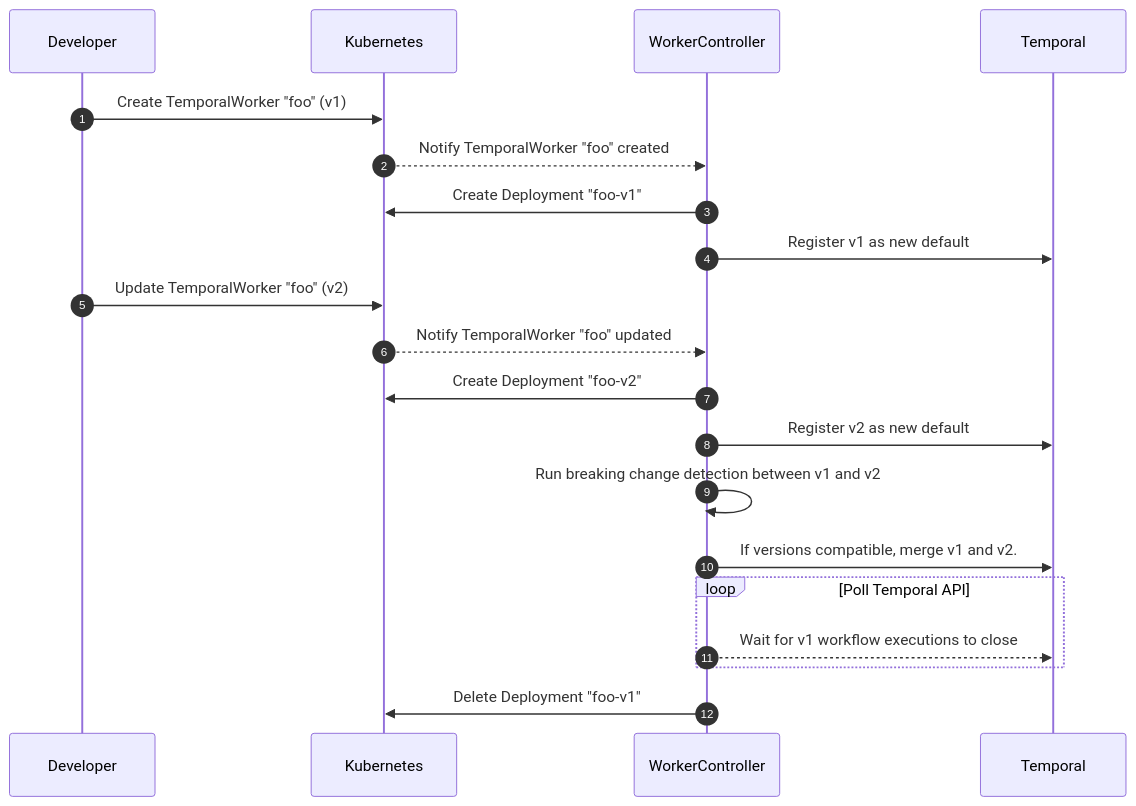
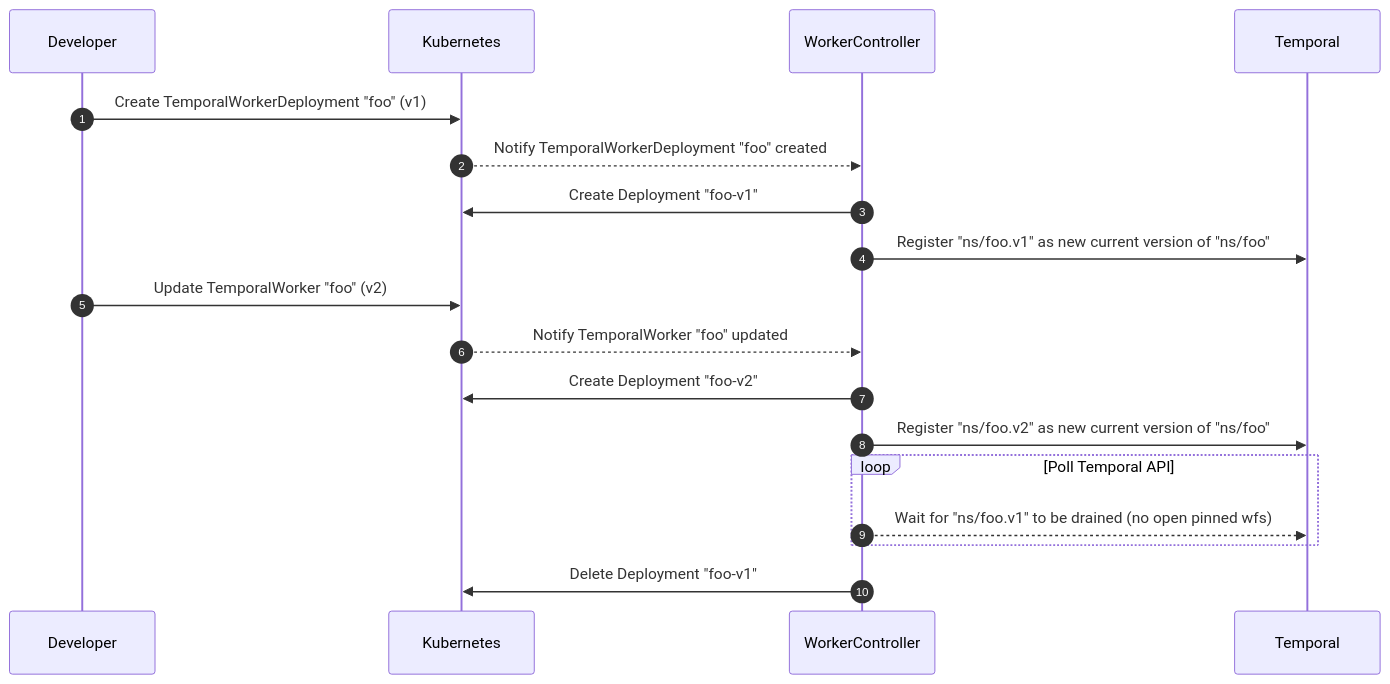
Before and after one commit to shashwatsuri/temporal-worker-controller: the second of 2 diagrams in README.md, drawn with Mermaid. The commit also changed other lines of this file and 2 other files, not shown here.

````diff
--- a/README.md
+++ b/README.md
@@ -116,26 +139,23 @@
 ```mermaid
 sequenceDiagram
     autonumber
     participant Dev as Developer
     participant K8s as Kubernetes
     participant Ctl as WorkerController
     participant T as Temporal
 
-    Dev->>K8s: Create TemporalWorker "foo" (v1)
-    K8s-->>Ctl: Notify TemporalWorker "foo" created
+    Dev->>K8s: Create TemporalWorkerDeployment "foo" (v1)
+    K8s-->>Ctl: Notify TemporalWorkerDeployment "foo" created
     Ctl->>K8s: Create Deployment "foo-v1"
-    Ctl->>T: Register v1 as new default
+    Ctl->>T: Register "ns/foo.v1" as new current version of "ns/foo"
     Dev->>K8s: Update TemporalWorker "foo" (v2)
     K8s-->>Ctl: Notify TemporalWorker "foo" updated
     Ctl->>K8s: Create Deployment "foo-v2"
-    Ctl->>T: Register v2 as new default
-    
-    Ctl->>Ctl: Run breaking change detection between v1 and v2
-    Ctl->>T: If versions compatible, merge v1 and v2.
+    Ctl->>T: Register "ns/foo.v2" as new current version of "ns/foo"
     
     loop Poll Temporal API
-        Ctl-->>T: Wait for v1 workflow executions to close
+        Ctl-->>T: Wait for "ns/foo.v1" to be drained (no open pinned wfs)
     end
     
     Ctl->>K8s: Delete Deployment "foo-v1"
 ```
````
